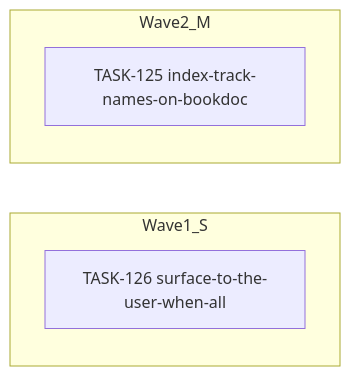
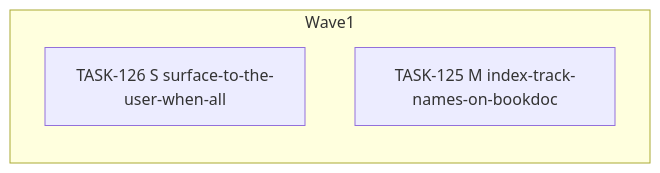
Before and after one commit to falkcorp/audiobook-organizer: the diagram in docs/agent-tasks/todo-completion-2026-09/search/orchestration.md, drawn with Mermaid. The commit also changed other lines of this file and 270 other files, not shown here.

````diff
--- a/docs/agent-tasks/todo-completion-2026-09/search/orchestration.md
+++ b/docs/agent-tasks/todo-completion-2026-09/search/orchestration.md
@@ -10,9 +10,7 @@
 ```mermaid
 flowchart LR
-    subgraph Wave1_S
-      TASK126[TASK-126 surface-to-the-user-when-all]
-    end
-    subgraph Wave2_M
-      TASK125[TASK-125 index-track-names-on-bookdoc]
+    subgraph Wave1
+      TASK126[TASK-126 S surface-to-the-user-when-all]
+      TASK125[TASK-125 M index-track-names-on-bookdoc]
     end
 ```
````
